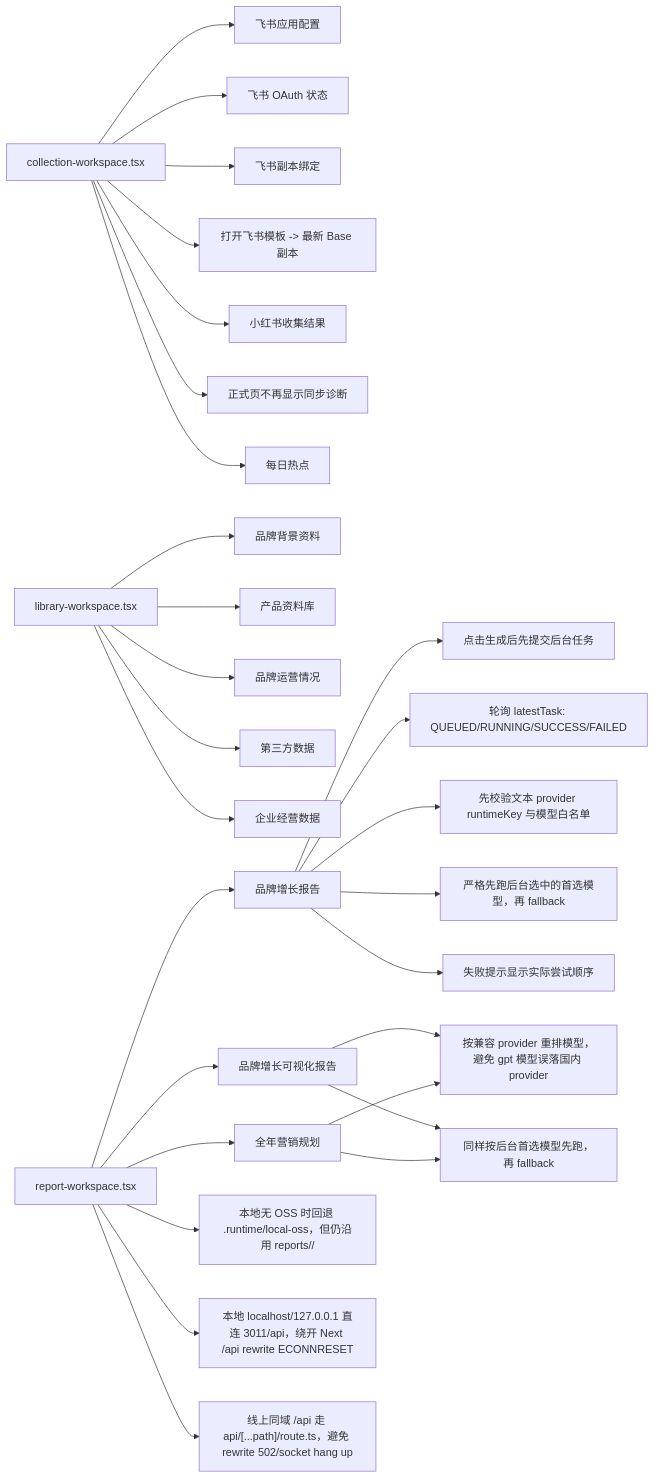
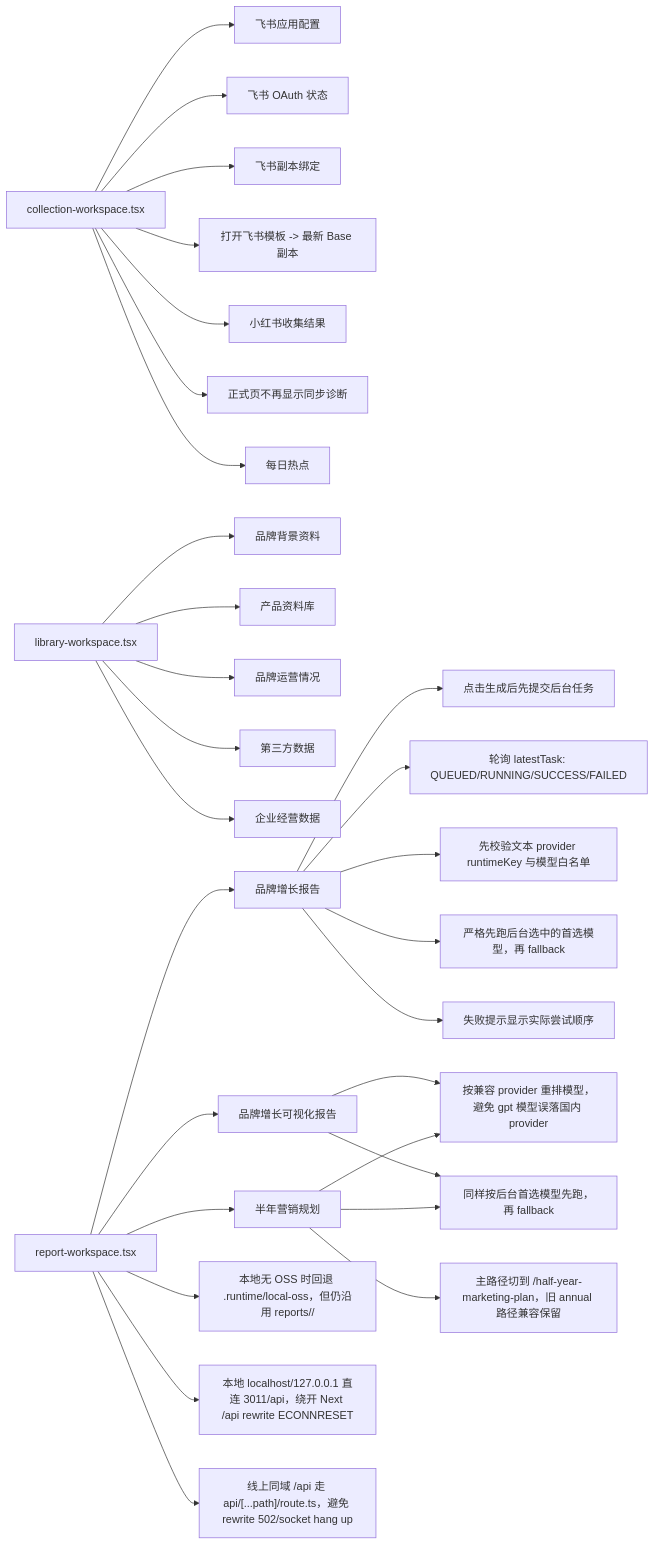
The fourth of 12 diagrams in docs/site-map-mermaid.md (Depthukesh/ai-omni-ops-system), drawn with Mermaid before and after one commit. The commit also changed other lines of this file and 23 other files, not shown here.

Commit message:
feat: switch annual plan to half-year plan

````diff
--- a/docs/site-map-mermaid.md
+++ b/docs/site-map-mermaid.md
@@ -181,35 +181,36 @@
 ```mermaid
 flowchart LR
     A["collection-workspace.tsx"]
     A --> A1["飞书应用配置"]
     A --> A2["飞书 OAuth 状态"]
     A --> A3["飞书副本绑定"]
     A --> A31["打开飞书模板 -> 最新 Base 副本"]
     A --> A4["小红书收集结果"]
     A --> A41["正式页不再显示同步诊断"]
     A --> A5["每日热点"]
 
     B["library-workspace.tsx"]
     B --> B1["品牌背景资料"]
     B --> B2["产品资料库"]
     B --> B3["品牌运营情况"]
     B --> B4["第三方数据"]
     B --> B5["企业经营数据"]
 
     C["report-workspace.tsx"]
     C --> C1["品牌增长报告"]
     C --> C2["品牌增长可视化报告"]
-    C --> C3["全年营销规划"]
+    C --> C3["半年营销规划"]
     C1 --> C10["点击生成后先提交后台任务"]
     C1 --> C11["轮询 latestTask: QUEUED/RUNNING/SUCCESS/FAILED"]
     C1 --> C12["先校验文本 provider runtimeKey 与模型白名单"]
     C1 --> C17["严格先跑后台选中的首选模型，再 fallback"]
     C1 --> C18["失败提示显示实际尝试顺序"]
     C2 --> C13["忽略不兼容的图像 provider，回退国内文本 provider"]
     C2 --> C19["同样按后台首选模型先跑，再 fallback"]
     C3 --> C13["按兼容 provider 重排模型，避免 gpt 模型误落国内 provider"]
+    C3 --> C20["主路径切到 /half-year-marketing-plan，旧 annual 路径兼容保留"]
     C3 --> C19
     C --> C14["本地无 OSS 时回退 .runtime/local-oss，但仍沿用 reports/<brandId>/<fileName>"]
     C --> C15["本地 localhost/127.0.0.1 直连 3011/api，绕开 Next /api rewrite ECONNRESET"]
     C --> C16["线上同域 /api 走 api/[...path]/route.ts，避免 rewrite 502/socket hang up"]
 ```
````
